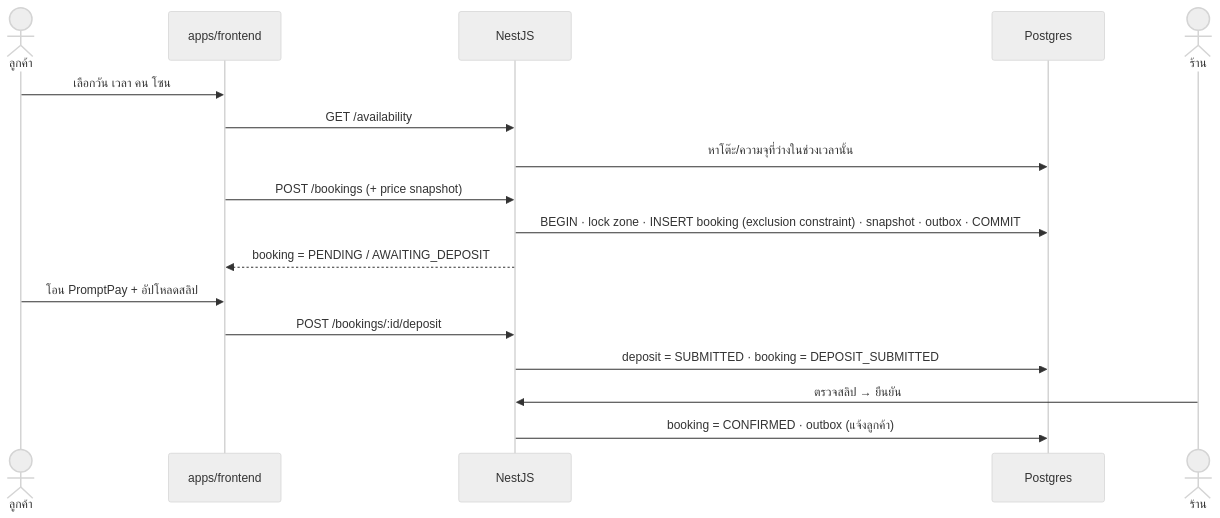
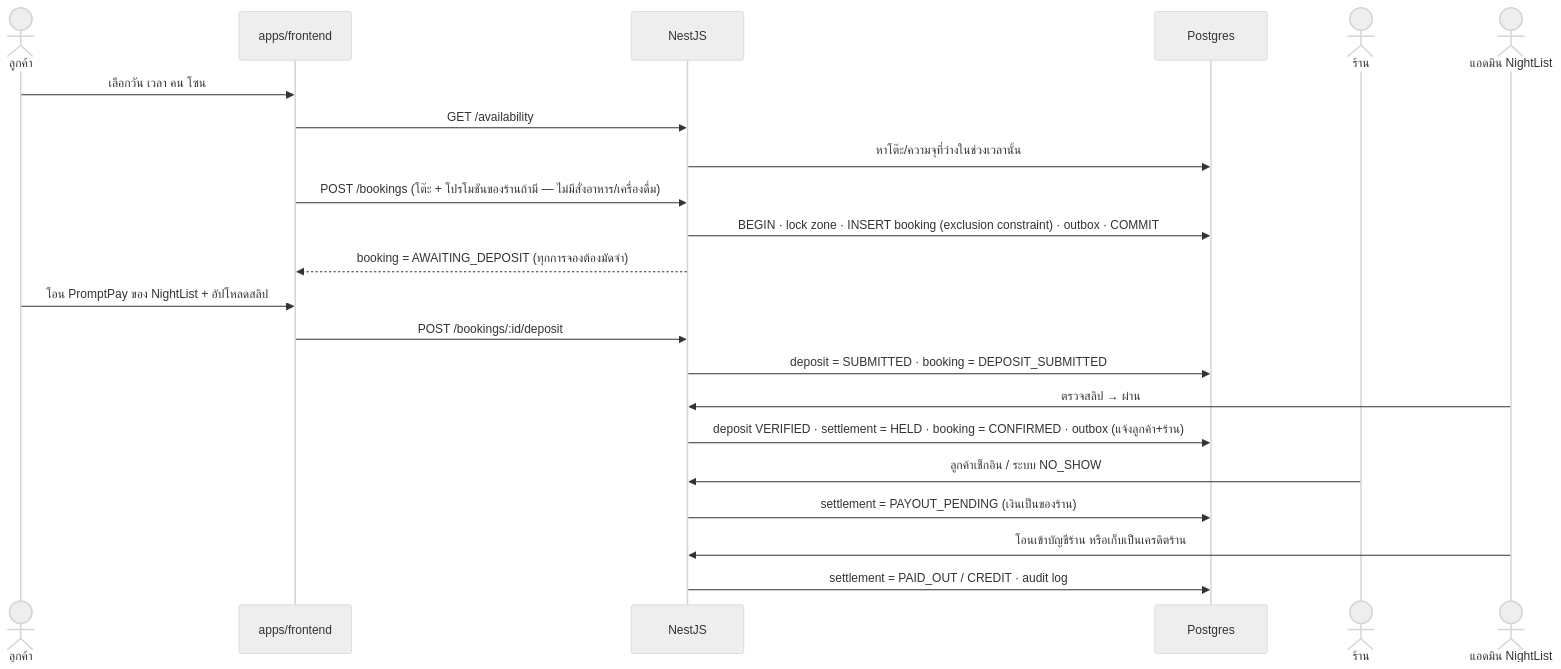
Before and after one commit to NightList/NightList: the third of 6 diagrams in docs/ARCHITECTURE.md, drawn with Mermaid (neutral theme). The commit also changed other lines of this file and 36 other files, not shown here.

````diff
--- a/docs/ARCHITECTURE.md
+++ b/docs/ARCHITECTURE.md
@@ -185,19 +186,24 @@
 ```mermaid
 sequenceDiagram
   actor U as ลูกค้า
   participant W as apps/frontend
   participant A as NestJS
   participant D as Postgres
   actor S as ร้าน
   U->>W: เลือกวัน เวลา คน โซน
   W->>A: GET /availability
   A->>D: หาโต๊ะ/ความจุที่ว่างในช่วงเวลานั้น
-  W->>A: POST /bookings (+ price snapshot)
-  A->>D: BEGIN · lock zone · INSERT booking (exclusion constraint) · snapshot · outbox · COMMIT
-  A-->>W: booking = PENDING / AWAITING_DEPOSIT
-  U->>W: โอน PromptPay + อัปโหลดสลิป
+  W->>A: POST /bookings (โต๊ะ + โปรโมชันของร้านถ้ามี — ไม่มีสั่งอาหาร/เครื่องดื่ม)
+  A->>D: BEGIN · lock zone · INSERT booking (exclusion constraint) · outbox · COMMIT
+  A-->>W: booking = AWAITING_DEPOSIT (ทุกการจองต้องมัดจำ)
+  U->>W: โอน PromptPay ของ NightList + อัปโหลดสลิป
   W->>A: POST /bookings/:id/deposit
   A->>D: deposit = SUBMITTED · booking = DEPOSIT_SUBMITTED
-  S->>A: ตรวจสลิป → ยืนยัน
-  A->>D: booking = CONFIRMED · outbox (แจ้งลูกค้า)
+  actor AD as แอดมิน NightList
+  AD->>A: ตรวจสลิป → ผ่าน
+  A->>D: deposit VERIFIED · settlement = HELD · booking = CONFIRMED · outbox (แจ้งลูกค้า+ร้าน)
+  S->>A: ลูกค้าเช็กอิน / ระบบ NO_SHOW
+  A->>D: settlement = PAYOUT_PENDING (เงินเป็นของร้าน)
+  AD->>A: โอนเข้าบัญชีร้าน หรือเก็บเป็นเครดิตร้าน
+  A->>D: settlement = PAID_OUT / CREDIT · audit log
 ```
````
